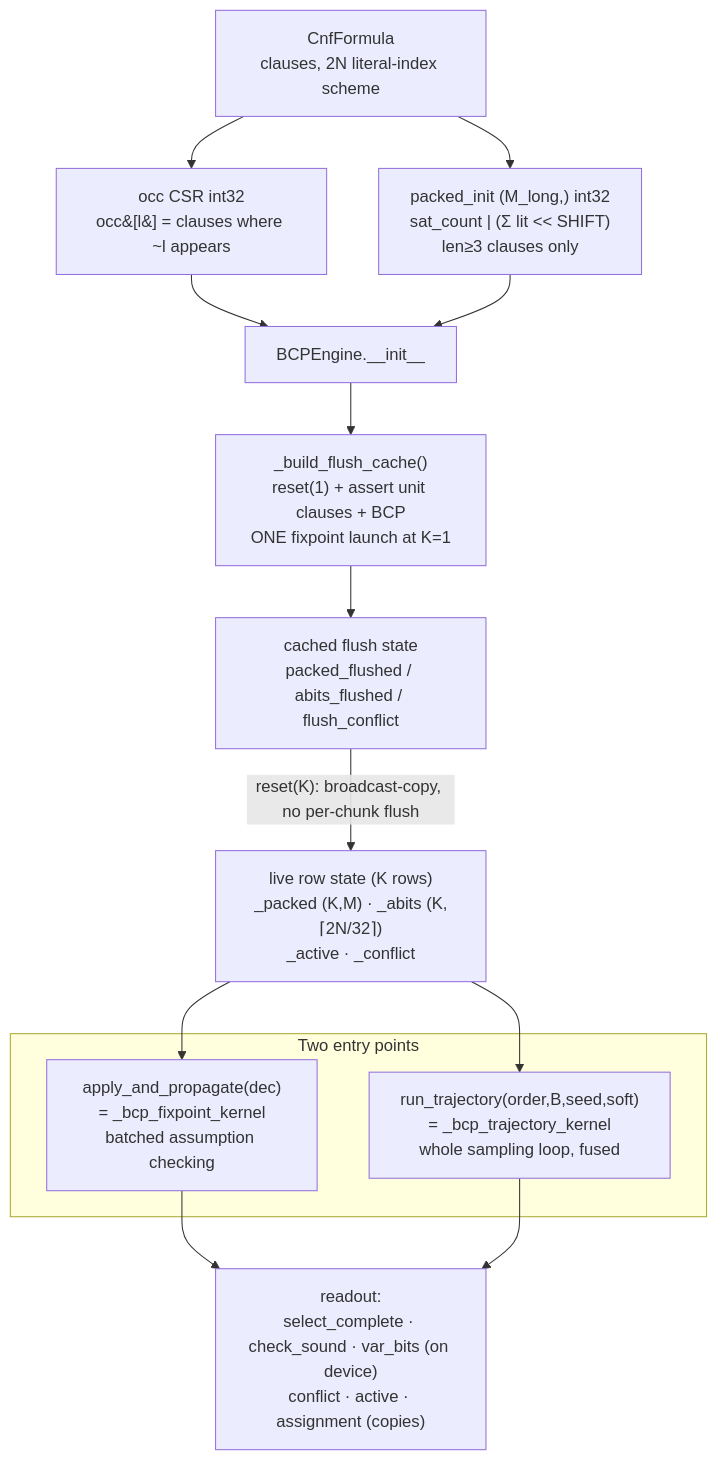
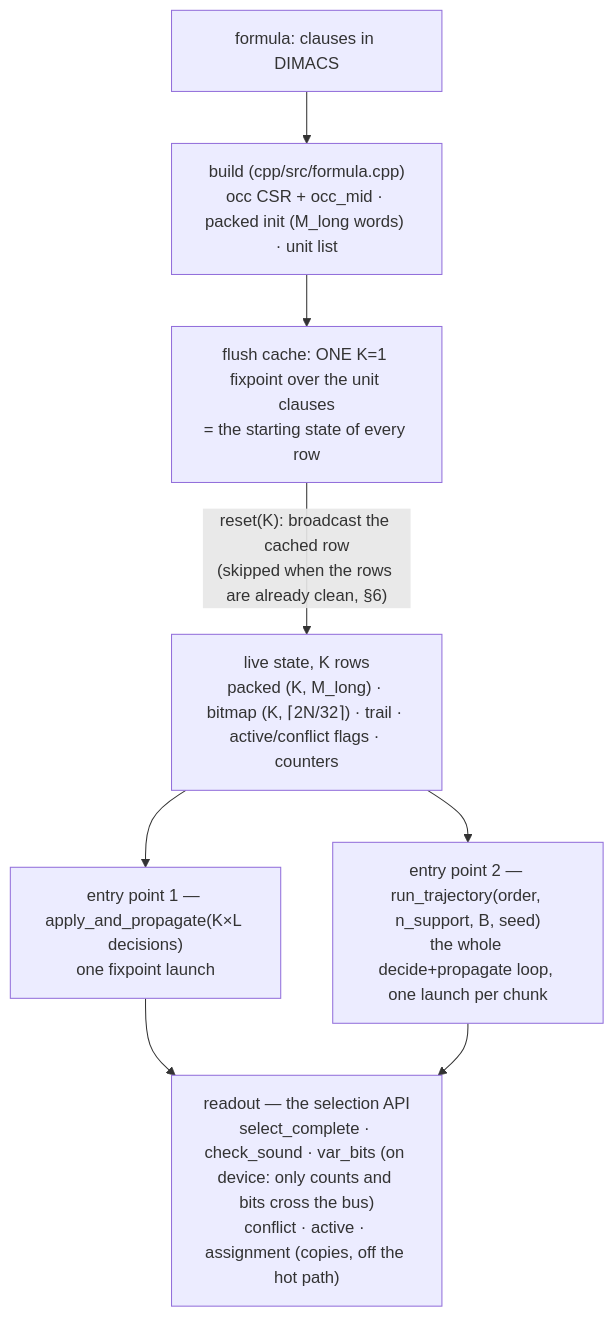
The first of 3 diagrams in docs/ENGINE.md (yogevshalmon/gpap), drawn with Mermaid before and after one commit. The commit also changed other lines of this file and 18 other files, not shown here.

````diff
--- a/docs/ENGINE.md
+++ b/docs/ENGINE.md
@@ -81,21 +82,11 @@
 ```mermaid
 flowchart TD
-    F[CnfFormula<br/>clauses, 2N literal-index scheme] --> OCC[occ CSR int32<br/>occ&#91;l&#93; = clauses where ~l appears]
-    F --> INIT["packed_init (M_long,) int32<br/>sat_count | (Σ lit &lt;&lt; SHIFT)<br/>len≥3 clauses only"]
-    OCC --> ENG[BCPEngine.__init__]
-    INIT --> ENG
-    ENG --> FLUSH["_build_flush_cache()<br/>reset(1) + assert unit clauses + BCP<br/>ONE fixpoint launch at K=1"]
-    FLUSH --> CACHE["cached flush state<br/>packed_flushed / abits_flushed / flush_conflict"]
-
-    CACHE -->|"reset(K): broadcast-copy, no per-chunk flush"| STATE["live row state (K rows)<br/>_packed (K,M) · _abits (K,⌈2N/32⌉)<br/>_active · _conflict"]
-
-    STATE --> EP1
-    STATE --> EP2
-    subgraph EP["Two entry points"]
-      EP1["apply_and_propagate(dec)<br/>= _bcp_fixpoint_kernel<br/>batched assumption checking"]
-      EP2["run_trajectory(order,B,seed,soft)<br/>= _bcp_trajectory_kernel<br/>whole sampling loop, fused"]
-    end
-    EP1 --> READ
-    EP2 --> READ
-    READ["readout:<br/>select_complete · check_sound · var_bits (on device)<br/>conflict · active · assignment (copies)"]
+    F["formula: clauses in DIMACS"] --> B["build (cpp/src/formula.cpp)<br/>occ CSR + occ_mid · packed init (M_long words) · unit list"]
+    B --> FL["flush cache: ONE K=1 fixpoint over the unit clauses<br/>= the starting state of every row"]
+    FL -->|"reset(K): broadcast the cached row<br/>(skipped when the rows are already clean, §6)"| S["live state, K rows<br/>packed (K, M_long) · bitmap (K, ⌈2N/32⌉) · trail · active/conflict flags · counters"]
+    S --> E1["entry point 1 — apply_and_propagate(K×L decisions)<br/>one fixpoint launch"]
+    S --> E2["entry point 2 — run_trajectory(order, n_support, B, seed)<br/>the whole decide+propagate loop, one launch per chunk"]
+    E1 --> R
+    E2 --> R
+    R["readout — the selection API<br/>select_complete · check_sound · var_bits (on device: only counts and bits cross the bus)<br/>conflict · active · assignment (copies, off the hot path)"]
 ```
````
